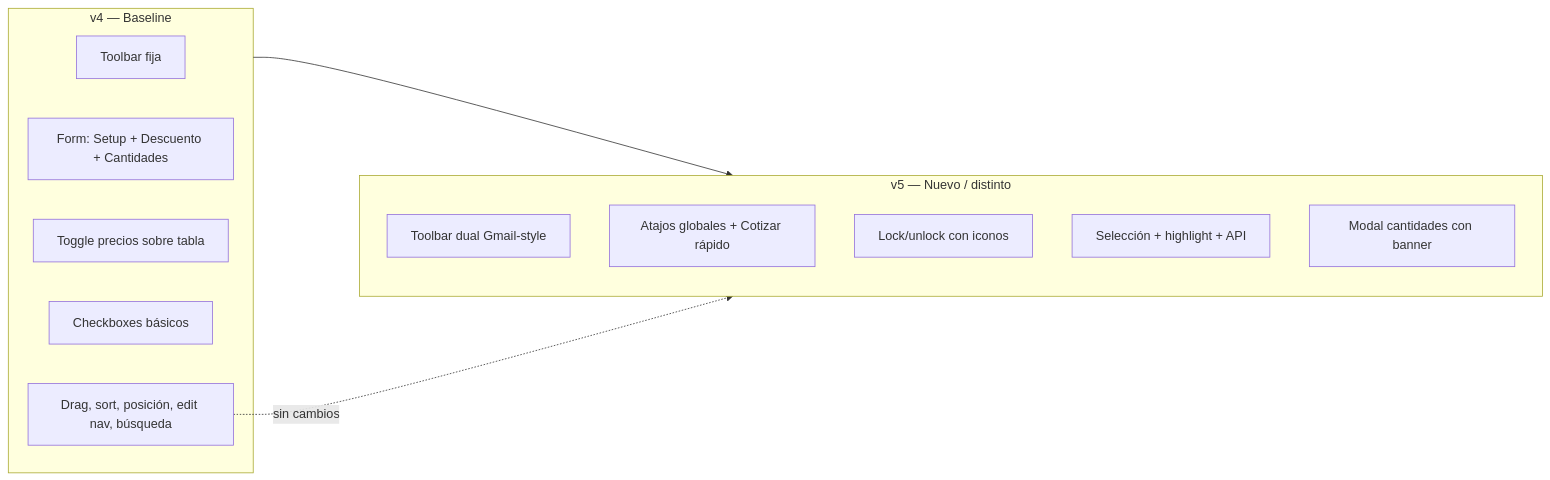
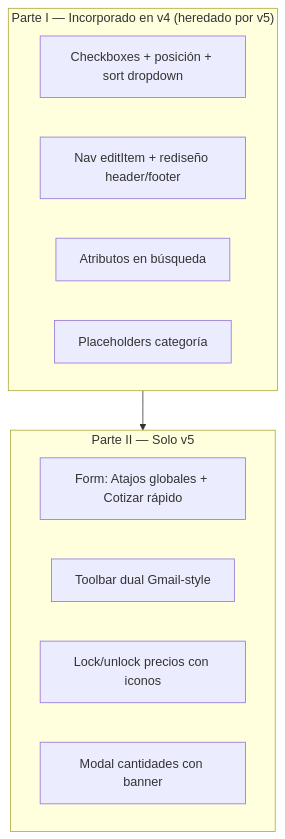
Before and after one commit to JPSformas/Cotizador-V5: the diagram in COTIZACION-V4-VS-V5.md, drawn with Mermaid. The commit also changed other lines of this file and 1 other file, not shown here.

````diff
--- a/COTIZACION-V4-VS-V5.md
+++ b/COTIZACION-V4-VS-V5.md
@@ -352,21 +386,18 @@
 ```mermaid
-flowchart LR
-    subgraph v4["v4 — Baseline"]
-        T1["Toolbar fija"]
-        F1["Form: Setup + Descuento + Cantidades"]
-        P1["Toggle precios sobre tabla"]
-        S1["Checkboxes básicos"]
-        B1["Drag, sort, posición, edit nav, búsqueda"]
+flowchart TB
+    subgraph parte1["Parte I — Incorporado en v4 (heredado por v5)"]
+        A1["Checkboxes + posición + sort dropdown"]
+        B1["Nav editItem + rediseño header/footer"]
+        B3["Atributos en búsqueda"]
+        B4["Placeholders categoría"]
     end
 
-    subgraph v5["v5 — Nuevo / distinto"]
+    subgraph parte2["Parte II — Solo v5"]
+        F2["Form: Atajos globales + Cotizar rápido"]
         T2["Toolbar dual Gmail-style"]
-        F2["Atajos globales + Cotizar rápido"]
-        P2["Lock/unlock con iconos"]
-        S2["Selección + highlight + API"]
+        P2["Lock/unlock precios con iconos"]
         M2["Modal cantidades con banner"]
     end
 
-    v4 --> v5
-    B1 -.->|"sin cambios"| v5
+    parte1 --> parte2
 ```
````
